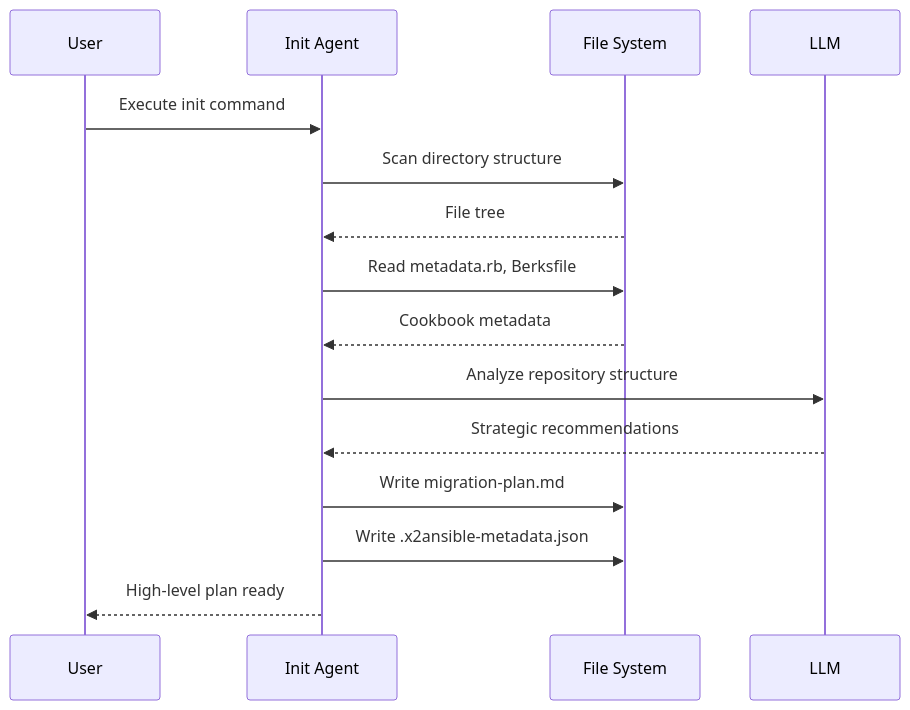
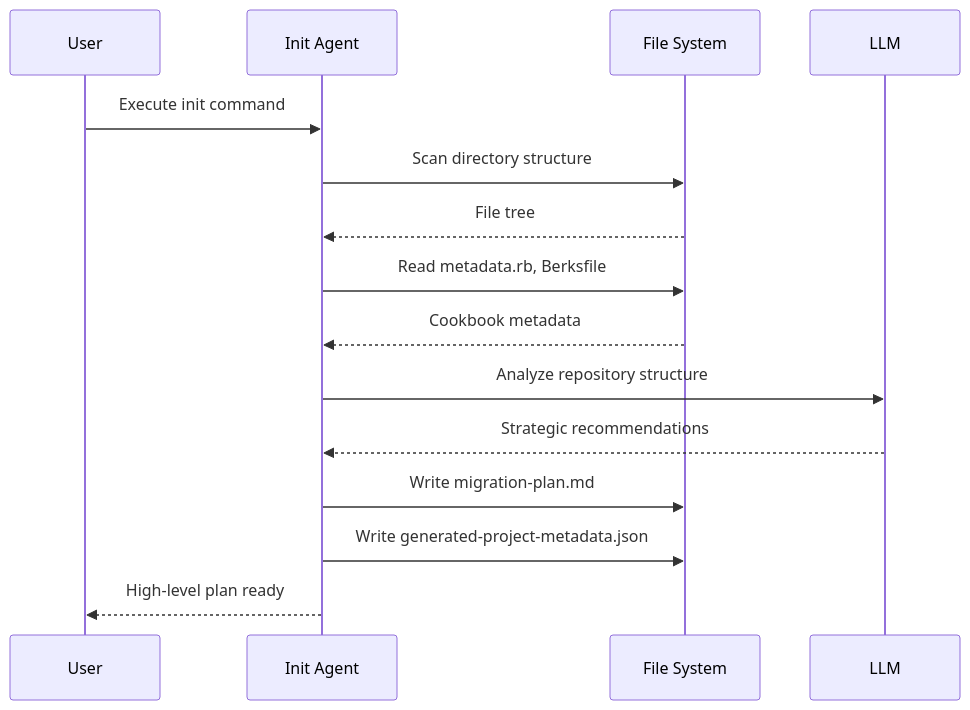
The second of 7 diagrams in docs/concepts/workflow.md (x2ansible/x2a-convertor), drawn with Mermaid before and after one commit. The commit also changed 7 other files, not shown here.

````diff
--- a/docs/concepts/workflow.md
+++ b/docs/concepts/workflow.md
@@ -112,18 +112,18 @@
 ```mermaid
 sequenceDiagram
     participant User
     participant Init as Init Agent
     participant FS as File System
     participant LLM
 
     User->>Init: Execute init command
     Init->>FS: Scan directory structure
     FS-->>Init: File tree
     Init->>FS: Read metadata.rb, Berksfile
     FS-->>Init: Cookbook metadata
     Init->>LLM: Analyze repository structure
     LLM-->>Init: Strategic recommendations
     Init->>FS: Write migration-plan.md
-    Init->>FS: Write .x2ansible-metadata.json
+    Init->>FS: Write generated-project-metadata.json
     Init-->>User: High-level plan ready
 ```
````
